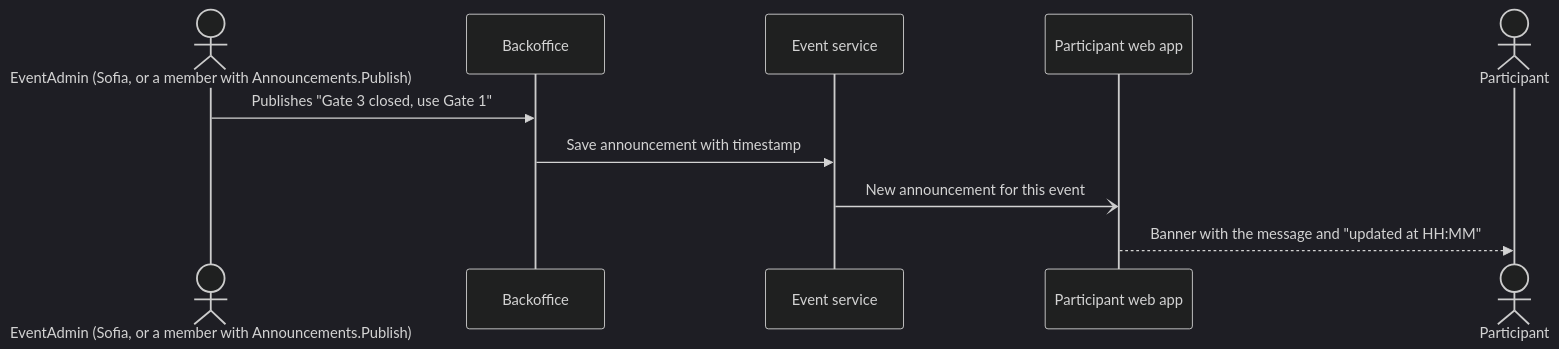
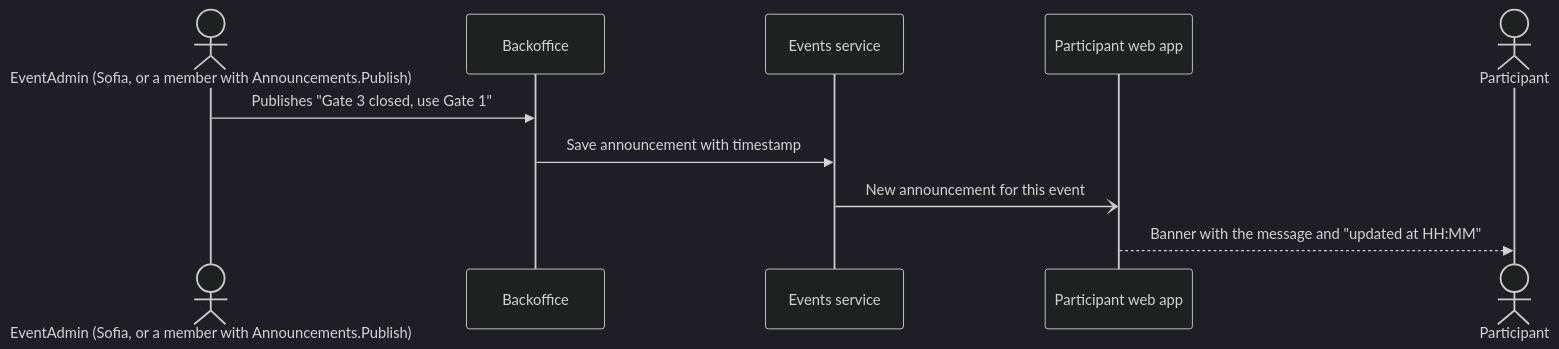
One commit to tomasoliveira21/LABDSOF changed the fifth of 8 diagrams in Docs/Product/user-workflows.md. Above: the diagram before and after it, drawn with Mermaid (dark theme). The commit also changed other lines of this file and 4 other files, not shown here.

````diff
--- a/Docs/Product/user-workflows.md
+++ b/Docs/Product/user-workflows.md
@@ -169,13 +169,13 @@
 ```mermaid
 sequenceDiagram
     actor A as EventAdmin (Sofia, or a member with Announcements.Publish)
     participant BO as Backoffice
-    participant Ev as Event service
+    participant Ev as Events service
     participant App as Participant web app
     actor P as Participant
 
     A->>BO: Publishes "Gate 3 closed, use Gate 1"
     BO->>Ev: Save announcement with timestamp
     Ev-)App: New announcement for this event
     App-->>P: Banner with the message and "updated at HH:MM"
 ```
````
